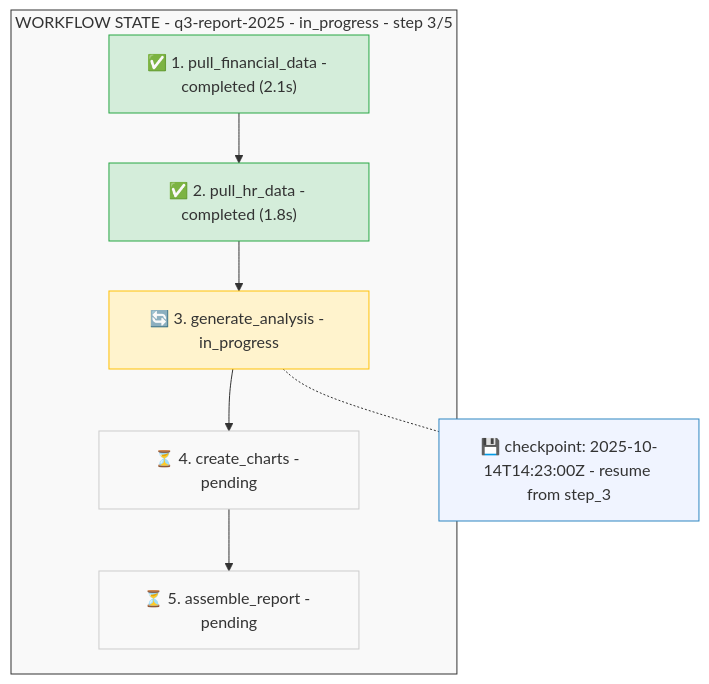
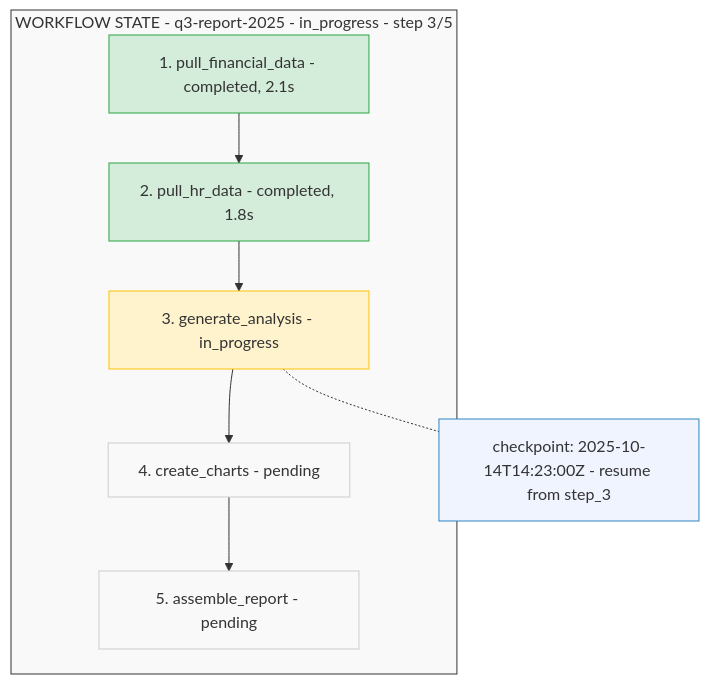
Before and after one commit to ithinktavo/GenAI-Engineering-Handbook: the seventh of 8 diagrams in docs/09-orchestration-patterns.md, drawn with Mermaid. The commit also changed other lines of this file and 10 other files, not shown here.

Commit message:
Diagram updates

````diff
--- a/docs/09-orchestration-patterns.md
+++ b/docs/09-orchestration-patterns.md
@@ -314,23 +314,23 @@
 ```mermaid
 graph TD
     subgraph State ["WORKFLOW STATE - q3-report-2025 - in_progress - step 3/5"]
-        S1["✅ 1. pull_financial_data - completed (2.1s)"]
-        S2["✅ 2. pull_hr_data - completed (1.8s)"]
-        S3["🔄 3. generate_analysis - in_progress"]
-        S4["⏳ 4. create_charts - pending"]
-        S5["⏳ 5. assemble_report - pending"]
+        S1["1. pull_financial_data - completed, 2.1s"]
+        S2["2. pull_hr_data - completed, 1.8s"]
+        S3["3. generate_analysis - in_progress"]
+        S4["4. create_charts - pending"]
+        S5["5. assemble_report - pending"]
     end
 
     S1 --> S2 --> S3 --> S4 --> S5
 
-    Checkpoint["💾 checkpoint: 2025-10-14T14:23:00Z - resume from step_3"]
+    Checkpoint["checkpoint: 2025-10-14T14:23:00Z - resume from step_3"]
     S3 -.- Checkpoint
 
     style S1 fill:#d4edda,stroke:#28a745
     style S2 fill:#d4edda,stroke:#28a745
     style S3 fill:#fff3cd,stroke:#ffc107
     style S4 fill:#f9f9f9,stroke:#ccc
     style S5 fill:#f9f9f9,stroke:#ccc
     style Checkpoint fill:#f0f4ff,stroke:#2E86C1
     style State fill:#f9f9f9,stroke:#333
 ```
````
